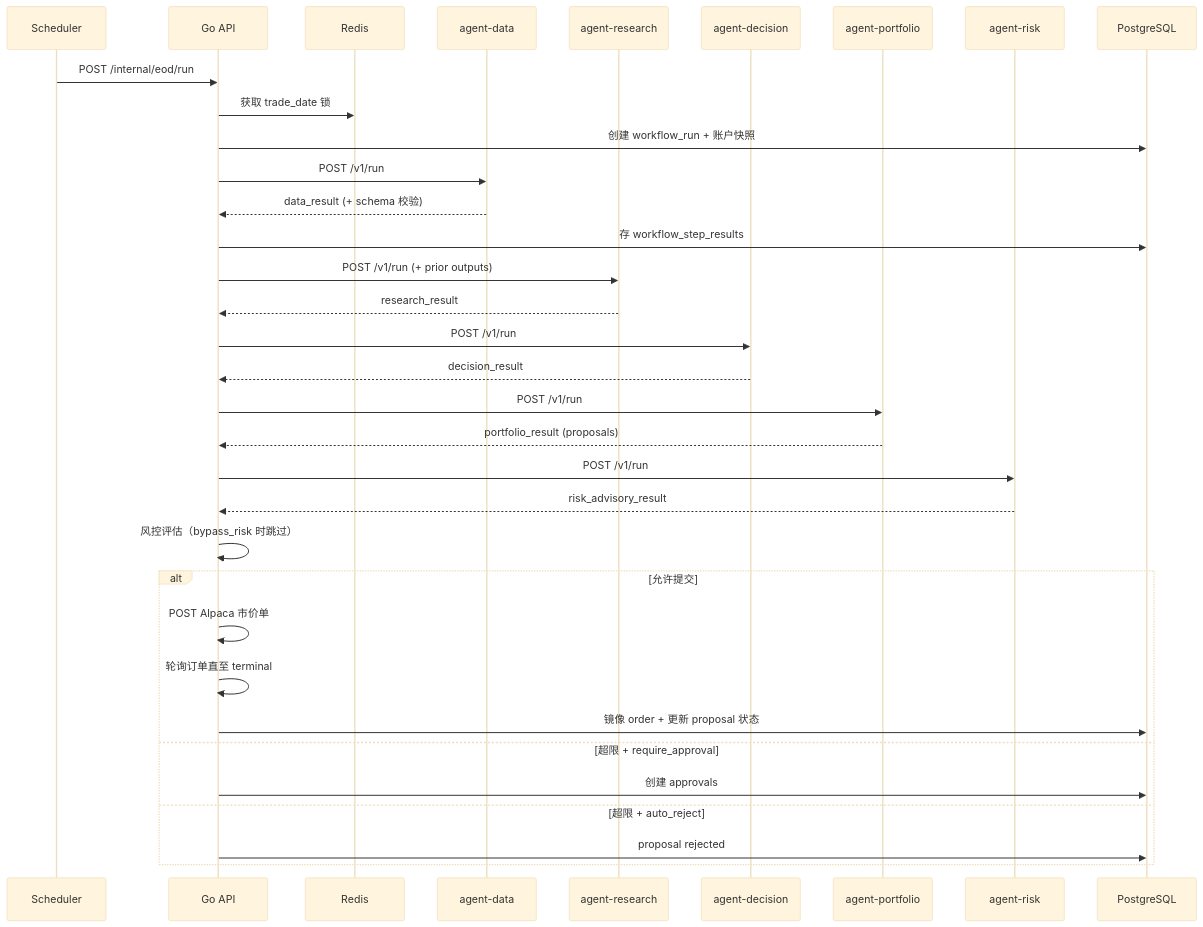
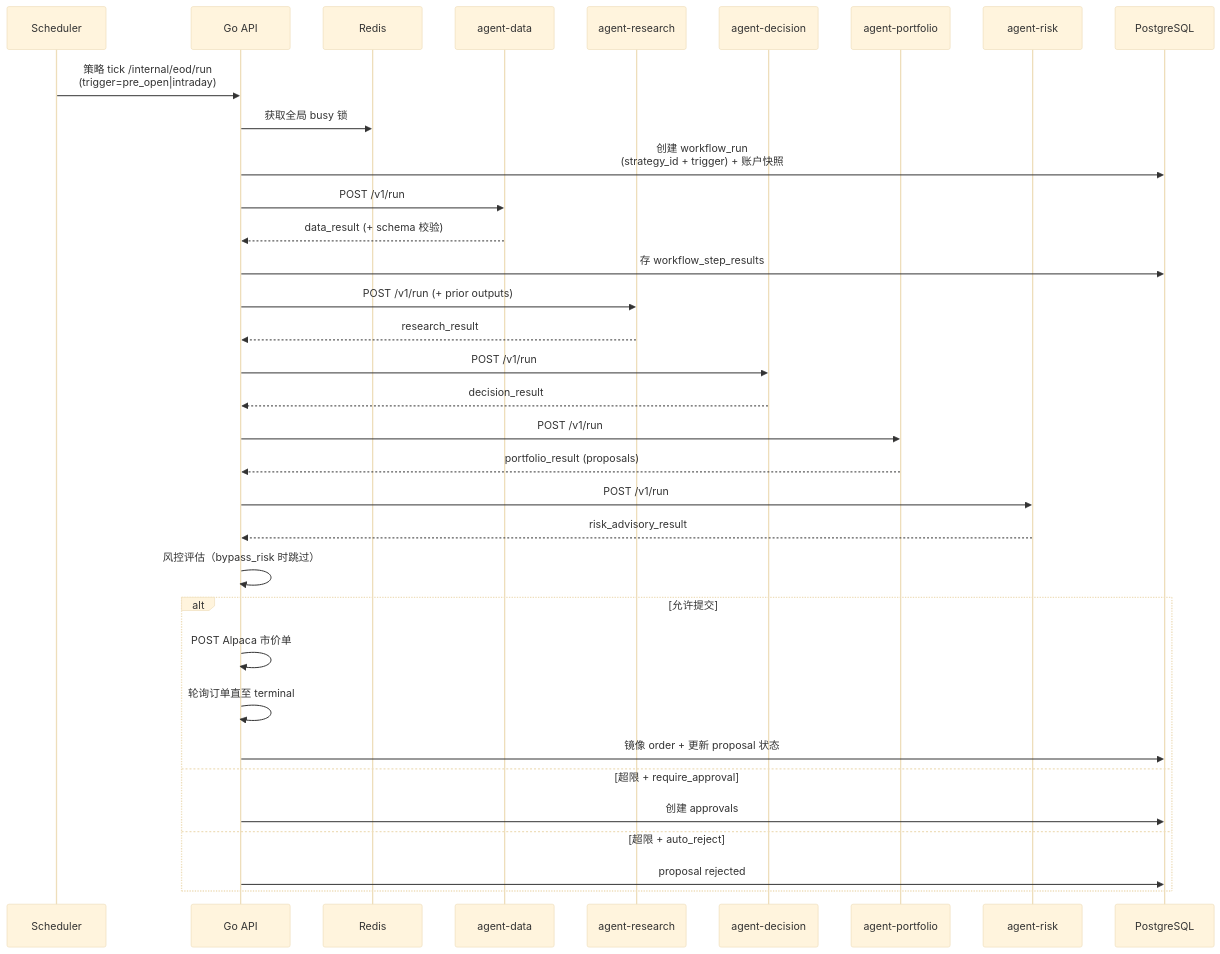
Before and after one commit to cyhzuishuai/stock-agents-cursor: the fourth of 4 diagrams in docs/eod-workflow-flowchart.md, drawn with Mermaid (base theme). The commit also changed other lines of this file and 16 other files, not shown here.

````diff
--- a/docs/eod-workflow-flowchart.md
+++ b/docs/eod-workflow-flowchart.md
@@ -161,40 +164,40 @@
 ```mermaid
 sequenceDiagram
   participant Cron as Scheduler
   participant API as Go API
   participant R as Redis
   participant D as agent-data
   participant Re as agent-research
   participant De as agent-decision
   participant Po as agent-portfolio
   participant Ri as agent-risk
   participant DB as PostgreSQL
 
-  Cron->>API: POST /internal/eod/run
-  API->>R: 获取 trade_date 锁
-  API->>DB: 创建 workflow_run + 账户快照
+  Cron->>API: 策略 tick /internal/eod/run<br/>(trigger=pre_open|intraday)
+  API->>R: 获取全局 busy 锁
+  API->>DB: 创建 workflow_run<br/>(strategy_id + trigger) + 账户快照
 
   API->>D: POST /v1/run
   D-->>API: data_result (+ schema 校验)
   API->>DB: 存 workflow_step_results
 
   API->>Re: POST /v1/run (+ prior outputs)
   Re-->>API: research_result
   API->>De: POST /v1/run
   De-->>API: decision_result
   API->>Po: POST /v1/run
   Po-->>API: portfolio_result (proposals)
   API->>Ri: POST /v1/run
   Ri-->>API: risk_advisory_result
 
   API->>API: 风控评估（bypass_risk 时跳过）
   alt 允许提交
     API->>API: POST Alpaca 市价单
     API->>API: 轮询订单直至 terminal
     API->>DB: 镜像 order + 更新 proposal 状态
   else 超限 + require_approval
     API->>DB: 创建 approvals
   else 超限 + auto_reject
     API->>DB: proposal rejected
   end
 ```
````
